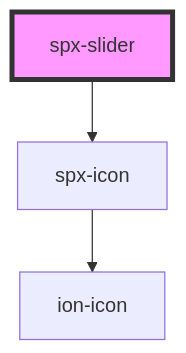
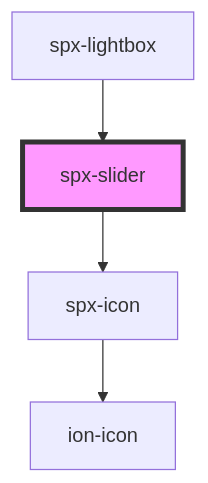
One commit to dnnsjsk/spx changed the diagram in stencil/src/components/elements/spx-slider/readme.md. Above: the diagram before and after it, drawn with Mermaid. The commit also changed other lines of this file and 285 other files, not shown here.

````diff
--- a/stencil/src/components/elements/spx-slider/readme.md
+++ b/stencil/src/components/elements/spx-slider/readme.md
@@ -82,6 +82,7 @@
 ```mermaid
 graph TD;
   spx-slider --> spx-icon
   spx-icon --> ion-icon
+  spx-lightbox --> spx-slider
   style spx-slider fill:#f9f,stroke:#333,stroke-width:4px
 ```
````
